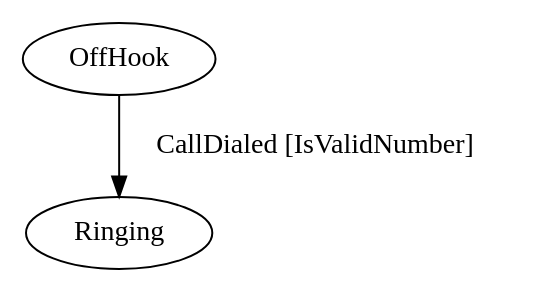
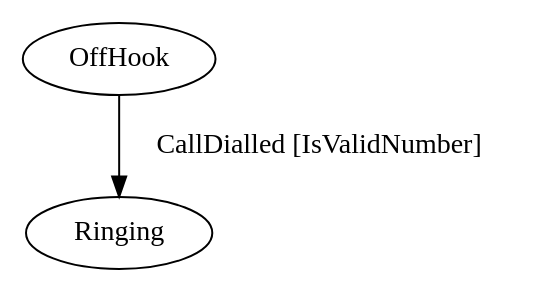
One commit to dotnet-state-machine/stateless changed the diagram in README.md. Above: the diagram before and after it, drawn with Graphviz. The commit also changed other lines of this file, not shown here.

Commit message:
Fixed dialed/dialled typo

````diff
--- a/README.md
+++ b/README.md
@@ -150,5 +150,5 @@
 ```dot
 digraph {
-  OffHook -> Ringing [label="CallDialed [IsValidNumber]"];
+  OffHook -> Ringing [label="CallDialled [IsValidNumber]"];
 }
 ```
````
